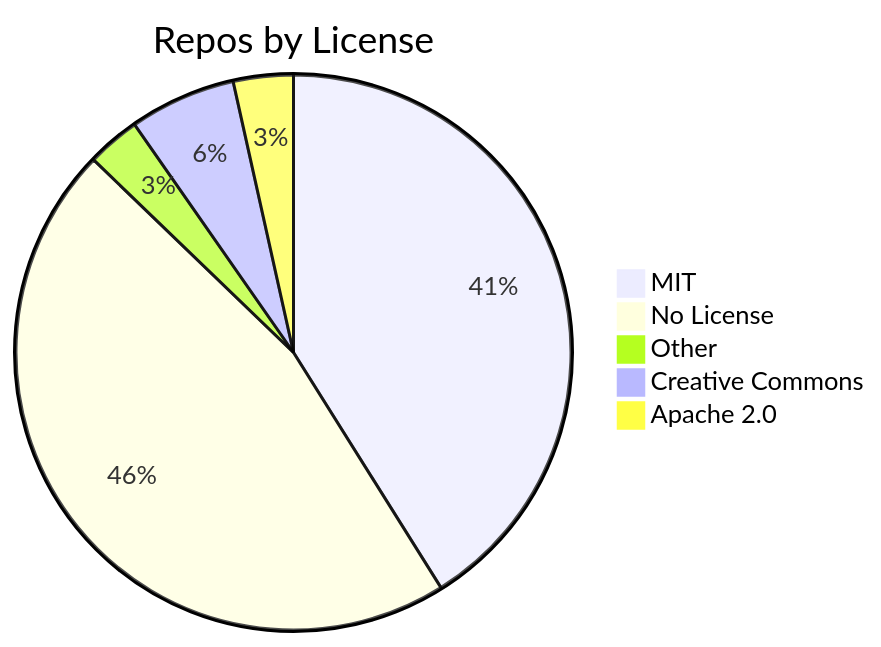
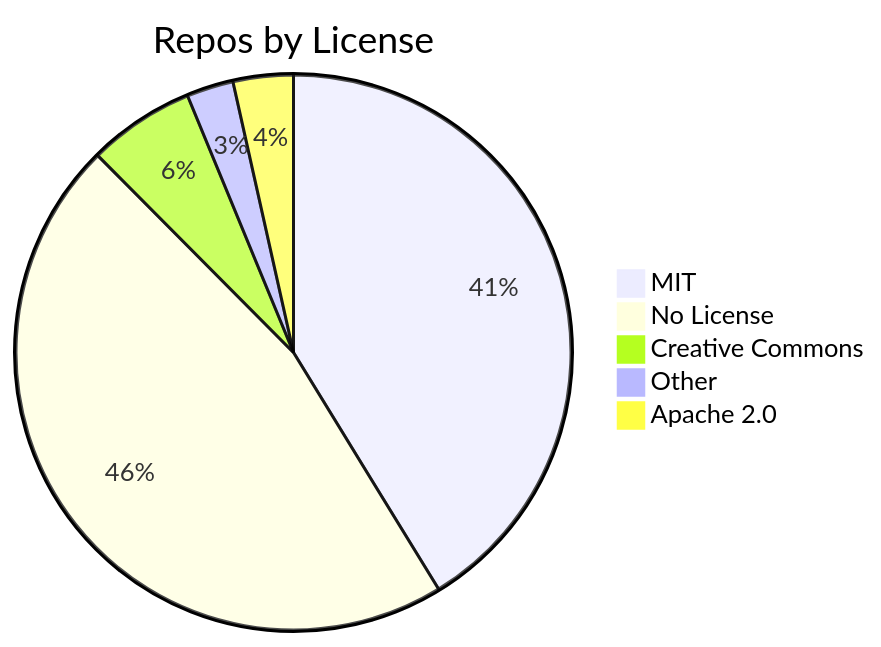
The diagram in README.md (jpatterson933/awesome-mcp-server-repo-index), drawn with Mermaid before and after one commit. The commit also changed other lines of this file and 3 other files, not shown here.

````diff
--- a/README.md
+++ b/README.md
@@ -29,8 +29,8 @@
 ```mermaid
 pie title Repos by License
     "MIT" : 106
     "No License" : 119
-    "Other" : 8
     "Creative Commons" : 16
+    "Other" : 7
     "Apache 2.0" : 9
 ```
````
